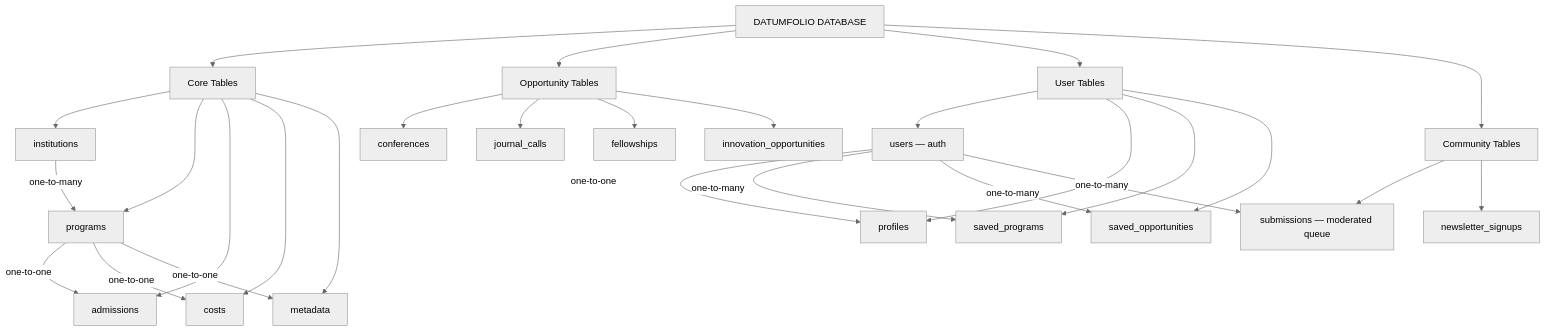
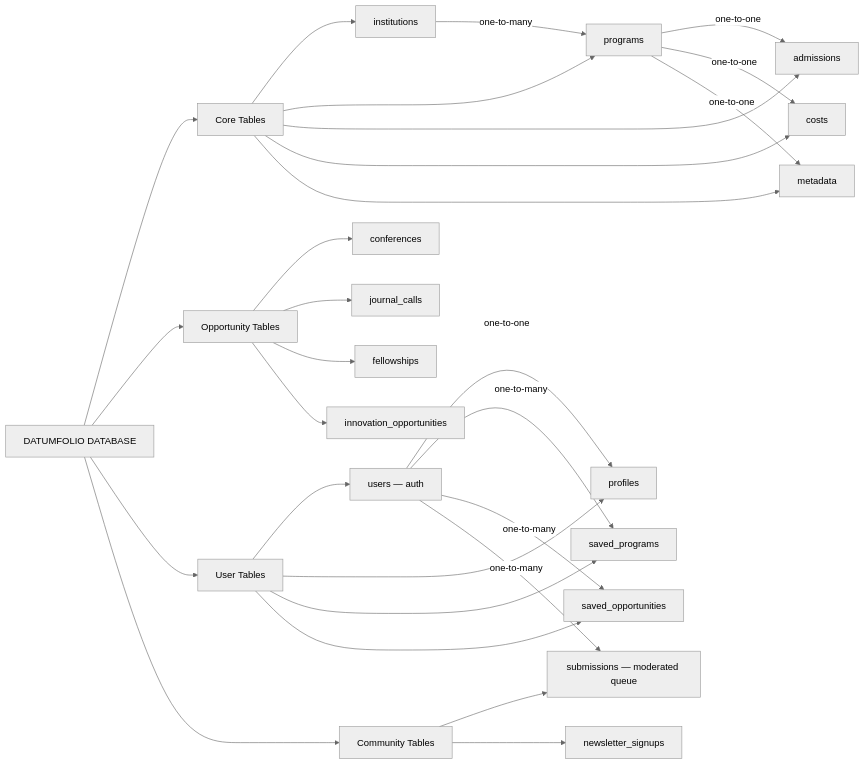
The seventh of 7 diagrams in PRD.md (zeshan67/DatumFolio), drawn with Mermaid (neutral theme) before and after one commit.

Commit message:
Change flowchart direction in PRD
Updated flowchart direction from TD to LR in data architecture section.

````diff
--- a/PRD.md
+++ b/PRD.md
@@ -439,39 +439,39 @@
 ```mermaid
-flowchart TD
+flowchart LR
     DB[DATUMFOLIO DATABASE]
 
     DB --> CORE[Core Tables]
     DB --> OPP[Opportunity Tables]
     DB --> USER[User Tables]
     DB --> COMM[Community Tables]
 
     CORE --> INST[institutions]
     CORE --> PROG[programs]
     CORE --> ADM[admissions]
     CORE --> COST[costs]
     CORE --> META[metadata]
 
     INST -->|one-to-many| PROG
     PROG -->|one-to-one| ADM
     PROG -->|one-to-one| COST
     PROG -->|one-to-one| META
 
     OPP --> CONF[conferences]
     OPP --> JOUR[journal_calls]
     OPP --> FELL[fellowships]
     OPP --> INNO[innovation_opportunities]
 
     USER --> AUTH[users — auth]
     USER --> PROF[profiles]
     USER --> SP[saved_programs]
     USER --> SO[saved_opportunities]
 
     AUTH -->|one-to-one| PROF
     AUTH -->|one-to-many| SP
     AUTH -->|one-to-many| SO
 
     COMM --> SUB[submissions — moderated queue]
     COMM --> NL[newsletter_signups]
 
     AUTH -->|one-to-many| SUB
 ```
````
